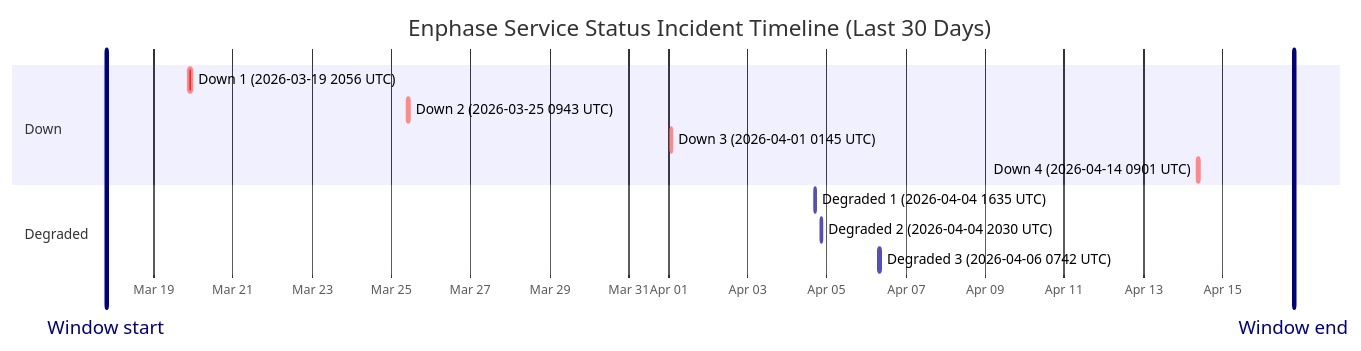
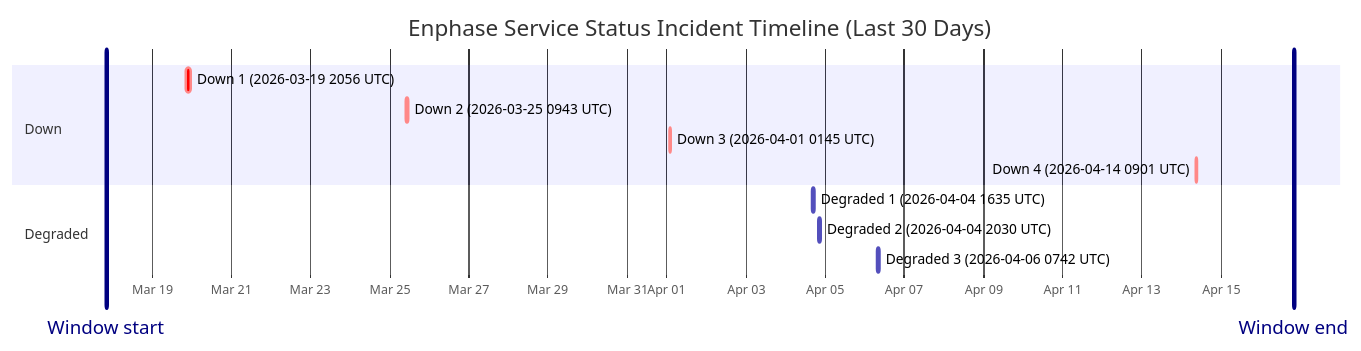
The diagram in wiki/Service-Status-History.md (barneyonline/ha-enphase-ev-charger), drawn with Mermaid before and after one commit. The commit also changed other lines of this file and 3 other files, not shown here.

````diff
--- a/wiki/Service-Status-History.md
+++ b/wiki/Service-Status-History.md
@@ -14,17 +14,17 @@
 ```mermaid
 gantt
     title Enphase Service Status Incident Timeline (Last 30 Days)
     dateFormat  YYYY-MM-DDTHH:mm:ss
     axisFormat  %b %d
-    Window start :vert, window-start, 2026-03-17T19:12:26, 0ms
-    Window end :vert, window-end, 2026-04-16T19:12:26, 0ms
+    Window start :vert, window-start, 2026-03-17T20:09:41, 0ms
+    Window end :vert, window-end, 2026-04-16T20:09:41, 0ms
     section Down
     Down 1 (2026-03-19 2056 UTC) :crit, down-1, 2026-03-19T20:56:20, 145m
     Down 2 (2026-03-25 0943 UTC) :crit, down-2, 2026-03-25T09:43:28, 111m
     Down 3 (2026-04-01 0145 UTC) :crit, down-3, 2026-04-01T01:45:09, 60m
     Down 4 (2026-04-14 0901 UTC) :crit, down-4, 2026-04-14T09:01:13, 60m
     section Degraded
     Degraded 1 (2026-04-04 1635 UTC) :active, degraded-1, 2026-04-04T16:35:17, 60m
     Degraded 2 (2026-04-04 2030 UTC) :active, degraded-2, 2026-04-04T20:30:40, 60m
     Degraded 3 (2026-04-06 0742 UTC) :active, degraded-3, 2026-04-06T07:42:09, 85m
 ```
````
